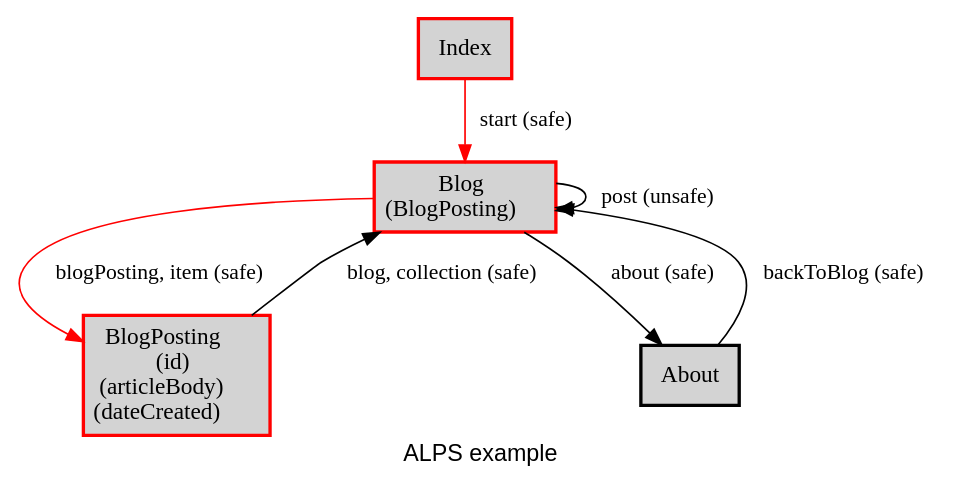
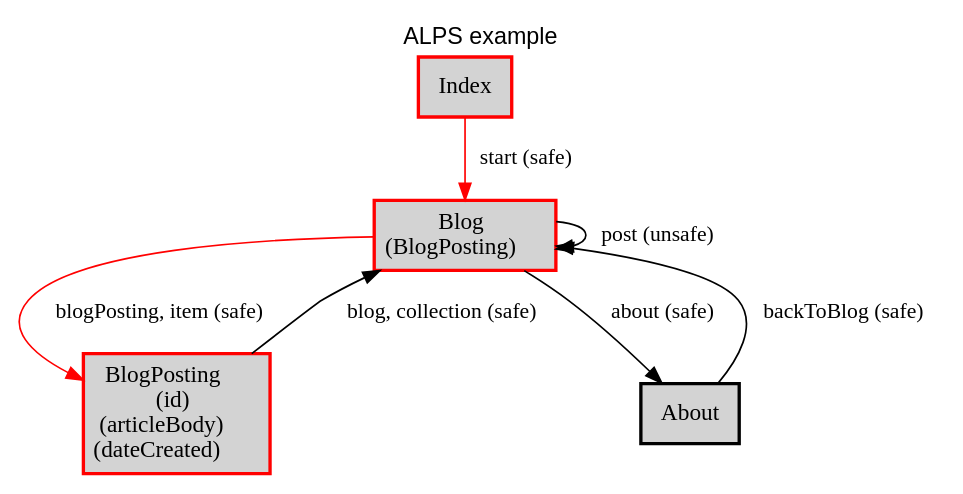
Before and after one commit to alps-asd/app-state-diagram: the diagram in docs/filter/tag_profile.dot, drawn with Graphviz. The commit also changed 52 other files, not shown here.

```diff
--- a/docs/filter/tag_profile.dot
+++ b/docs/filter/tag_profile.dot
@@ -1,23 +1,23 @@
 digraph application_state_diagram {
   graph [
-    labelloc="b";
+    labelloc="t";
     fontname="Helvetica"
     label="ALPS example";
     URL="index.html" target="_parent"
   ];
   node [shape = box, style = "bold,filled" fillcolor="lightgray"];
 
     Blog [margin=0.02, label=<<table cellspacing="0" cellpadding="5" border="0"><tr><td>Blog<br />(BlogPosting)<br /></td></tr></table>>,shape=box URL="docs/semantic.Blog.html" target="_parent" color="red"]
     BlogPosting [margin=0.02, label=<<table cellspacing="0" cellpadding="5" border="0"><tr><td>BlogPosting<br />(id)<br />(articleBody)<br />(dateCreated)<br /></td></tr></table>>,shape=box URL="docs/semantic.BlogPosting.html" target="_parent" color="red"]
 
+    About -> Blog [label = "backToBlog (safe)" URL="docs/safe.backToBlog.html" target="_parent" fontsize=13];
+    Blog -> About [label = "about (safe)" URL="docs/safe.about.html" target="_parent" fontsize=13];
+    Blog -> Blog [label = "post (unsafe)" URL="docs/unsafe.post.html" target="_parent" fontsize=13];
+    Blog -> BlogPosting [label = "blogPosting, item (safe)" URL="docs/safe.blogPosting.html" target="_parent" fontsize=13 color="red"];
+    BlogPosting -> Blog [label = "blog, collection (safe)" URL="docs/safe.blog.html" target="_parent" fontsize=13];
     Index -> Blog [label = "start (safe)" URL="docs/safe.start.html" target="_parent" fontsize=13 color="red"];
-    About -> Blog [label = "backToBlog (safe)" URL="docs/safe.backToBlog.html" target="_parent" fontsize=13];
-    Blog -> BlogPosting [label = "blogPosting, item (safe)" URL="docs/safe.blogPosting.html" target="_parent" fontsize=13 color="red"];
-    Blog -> Blog [label = "post (unsafe)" URL="docs/unsafe.post.html" target="_parent" fontsize=13];
-    Blog -> About [label = "about (safe)" URL="docs/safe.about.html" target="_parent" fontsize=13];
-    BlogPosting -> Blog [label = "blog, collection (safe)" URL="docs/safe.blog.html" target="_parent" fontsize=13];
 
     Index [URL="docs/semantic.Index.html" target="_parent" color="red"]
     About [URL="docs/semantic.About.html" target="_parent"]
 
 }
```
